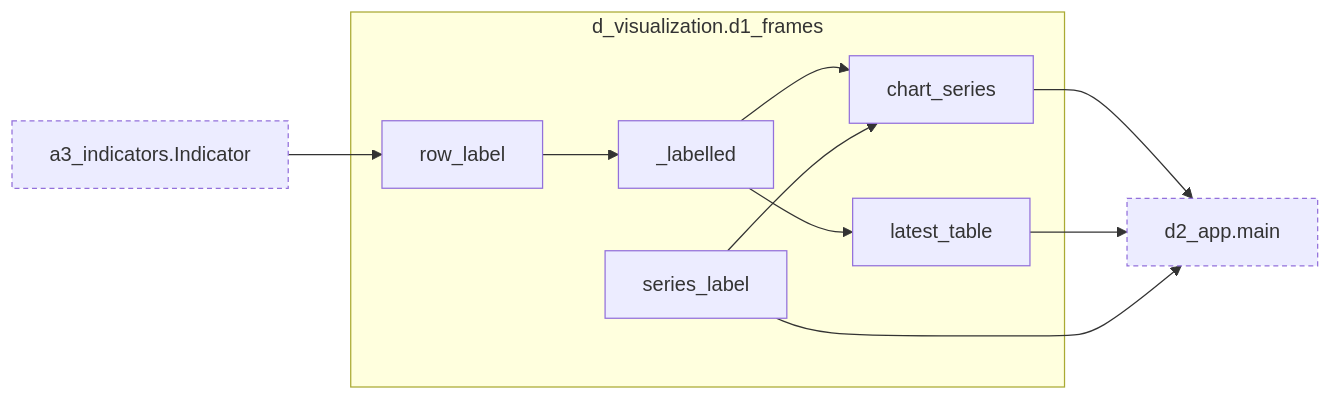
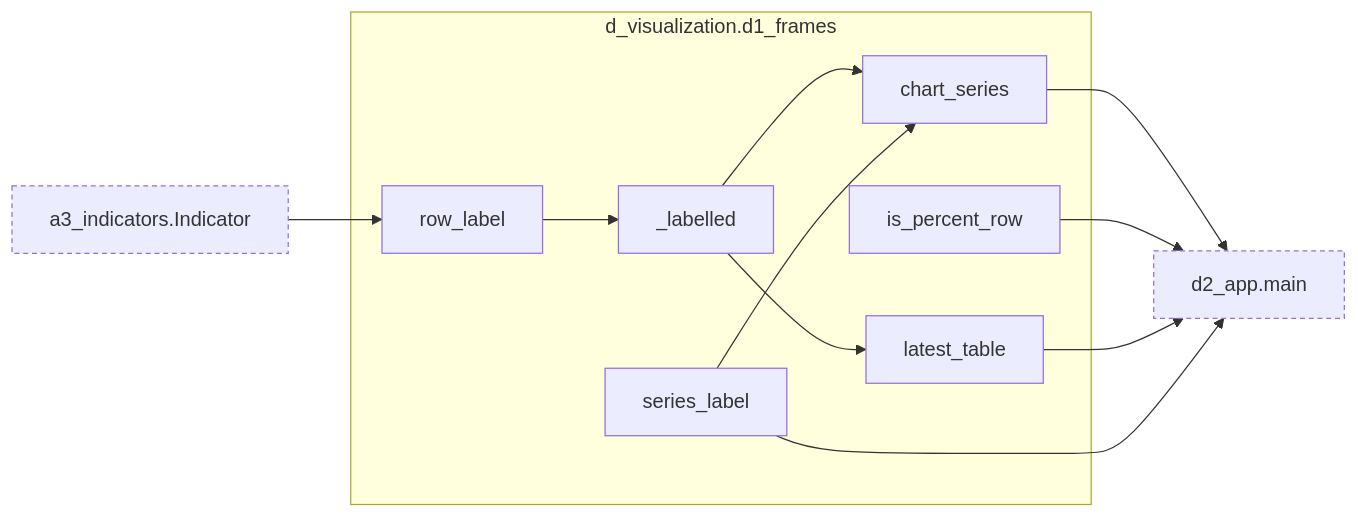
One commit to bsawyerg15/MacroScan changed diagram 14 of 15 in docs/architecture.md. Above: the diagram before and after it, drawn with Mermaid. The commit also changed other lines of this file and 11 other files, not shown here.

````diff
--- a/docs/architecture.md
+++ b/docs/architecture.md
@@ -1132,28 +1164,31 @@
 ```mermaid
 flowchart LR
   subgraph this["d_visualization.d1_frames"]
     n_d_visualization_d1_frames__labelled["_labelled"]
     n_d_visualization_d1_frames_chart_series["chart_series"]
+    n_d_visualization_d1_frames_is_percent_row["is_percent_row"]
     n_d_visualization_d1_frames_latest_table["latest_table"]
     n_d_visualization_d1_frames_row_label["row_label"]
     n_d_visualization_d1_frames_series_label["series_label"]
   end
   n_a_core_a3_indicators_Indicator["a3_indicators.Indicator"]:::ext
   n_d_visualization_d2_app_main["d2_app.main"]:::ext
   n_d_visualization_d1_frames_row_label --> n_d_visualization_d1_frames__labelled
   n_d_visualization_d1_frames__labelled --> n_d_visualization_d1_frames_chart_series
   n_d_visualization_d1_frames_series_label --> n_d_visualization_d1_frames_chart_series
   n_d_visualization_d1_frames__labelled --> n_d_visualization_d1_frames_latest_table
   n_a_core_a3_indicators_Indicator --> n_d_visualization_d1_frames_row_label
   n_d_visualization_d1_frames_chart_series --> n_d_visualization_d2_app_main
+  n_d_visualization_d1_frames_is_percent_row --> n_d_visualization_d2_app_main
   n_d_visualization_d1_frames_latest_table --> n_d_visualization_d2_app_main
   n_d_visualization_d1_frames_series_label --> n_d_visualization_d2_app_main
   click n_a_core_a3_indicators_Indicator href "#cls-Indicator"
   click n_d_visualization_d1_frames__labelled href "#fn-d_visualization-d1_frames-_labelled"
   click n_d_visualization_d1_frames_chart_series href "#fn-d_visualization-d1_frames-chart_series"
+  click n_d_visualization_d1_frames_is_percent_row href "#fn-d_visualization-d1_frames-is_percent_row"
   click n_d_visualization_d1_frames_latest_table href "#fn-d_visualization-d1_frames-latest_table"
   click n_d_visualization_d1_frames_row_label href "#fn-d_visualization-d1_frames-row_label"
   click n_d_visualization_d1_frames_series_label href "#fn-d_visualization-d1_frames-series_label"
   click n_d_visualization_d2_app_main href "#fn-d_visualization-d2_app-main"
   classDef ext stroke-dasharray: 4 3
 ```
````
